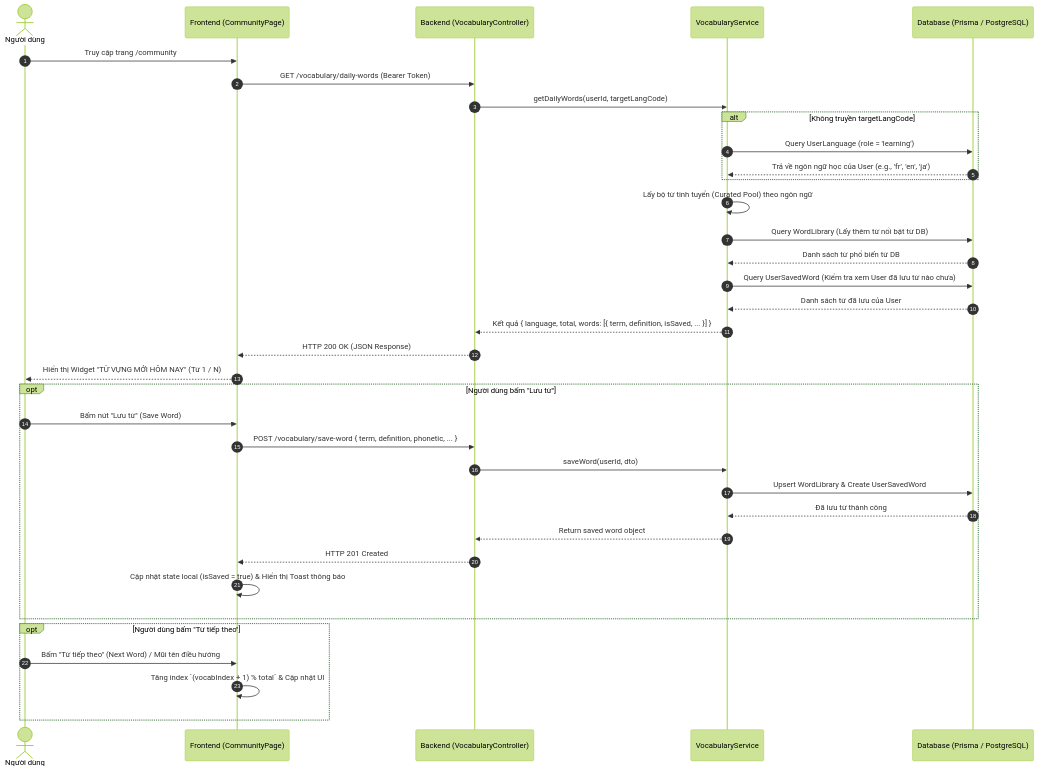
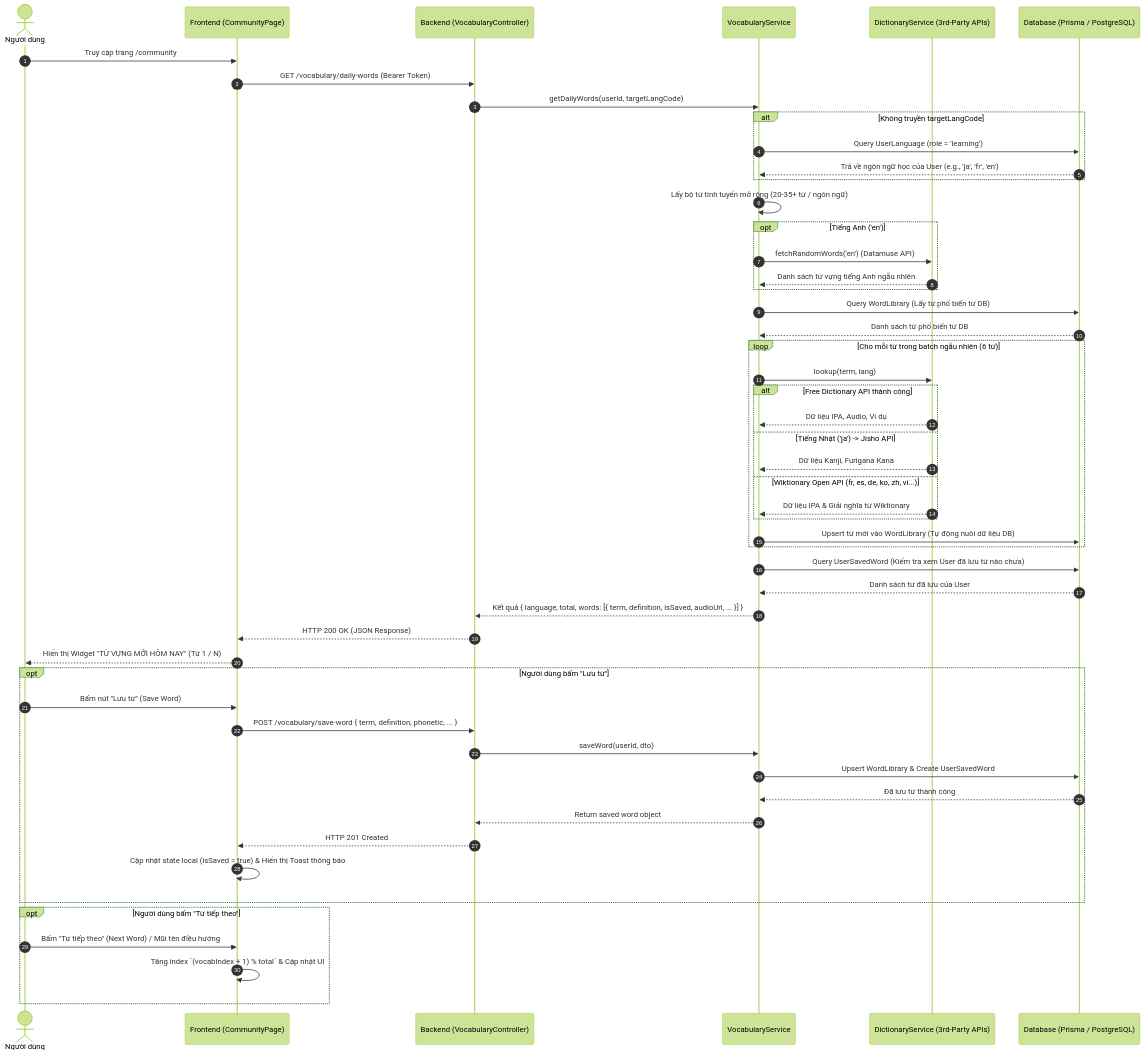
The diagram in docs/DAILY_VOCABULARY_SPEC.md (vinhduong2173/stududu), drawn with Mermaid (forest theme) before and after one commit. The commit also changed other lines of this file and 6 other files, not shown here.

````diff
--- a/docs/DAILY_VOCABULARY_SPEC.md
+++ b/docs/DAILY_VOCABULARY_SPEC.md
@@ -22,47 +22,65 @@
 ```mermaid
 sequenceDiagram
     autonumber
     actor User as Người dùng
     participant FE as Frontend (CommunityPage)
     participant BE as Backend (VocabularyController)
     participant VS as VocabularyService
+    participant DS as DictionaryService (3rd-Party APIs)
     participant DB as Database (Prisma / PostgreSQL)
 
     %% 1. Fetch Daily Words
     User->>FE: Truy cập trang /community
     FE->>BE: GET /vocabulary/daily-words (Bearer Token)
     BE->>VS: getDailyWords(userId, targetLangCode)
     
     alt Không truyền targetLangCode
         VS->>DB: Query UserLanguage (role = 'learning')
-        DB-->>VS: Trả về ngôn ngữ học của User (e.g., 'fr', 'en', 'ja')
+        DB-->>VS: Trả về ngôn ngữ học của User (e.g., 'ja', 'fr', 'en')
     end
 
-    VS->>VS: Lấy bộ từ tinh tuyển (Curated Pool) theo ngôn ngữ
-    VS->>DB: Query WordLibrary (Lấy thêm từ nổi bật từ DB)
+    VS->>VS: Lấy bộ từ tinh tuyển mở rộng (20-35+ từ / ngôn ngữ)
+    opt Tiếng Anh ('en')
+        VS->>DS: fetchRandomWords('en') (Datamuse API)
+        DS-->>VS: Danh sách từ vựng tiếng Anh ngẫu nhiên
+    end
+    VS->>DB: Query WordLibrary (Lấy từ phổ biến từ DB)
     DB-->>VS: Danh sách từ phổ biến từ DB
+
+    loop Cho mỗi từ trong batch ngẫu nhiên (6 từ)
+        VS->>DS: lookup(term, lang)
+        alt Free Dictionary API thành công
+            DS-->>VS: Dữ liệu IPA, Audio, Ví dụ
+        else Tiếng Nhật ('ja') -> Jisho API
+            DS-->>VS: Dữ liệu Kanji, Furigana Kana
+        else Wiktionary Open API (fr, es, de, ko, zh, vi...)
+            DS-->>VS: Dữ liệu IPA & Giải nghĩa từ Wiktionary
+        end
+        VS->>DB: Upsert từ mới vào WordLibrary (Tự động nuôi dữ liệu DB)
+    end
+
     VS->>DB: Query UserSavedWord (Kiểm tra xem User đã lưu từ nào chưa)
     DB-->>VS: Danh sách từ đã lưu của User
 
-    VS-->>BE: Kết quả { language, total, words: [{ term, definition, isSaved, ... }] }
+    VS-->>BE: Kết quả { language, total, words: [{ term, definition, isSaved, audioUrl, ... }] }
     BE-->>FE: HTTP 200 OK (JSON Response)
     FE-->>User: Hiển thị Widget "TỪ VỰNG MỚI HÔM NAY" (Từ 1 / N)
 
     %% 2. User Clicks Save Word
     opt Người dùng bấm "Lưu từ"
         User->>FE: Bấm nút "Lưu từ" (Save Word)
         FE->>BE: POST /vocabulary/save-word { term, definition, phonetic, ... }
         BE->>VS: saveWord(userId, dto)
         VS->>DB: Upsert WordLibrary & Create UserSavedWord
         DB-->>VS: Đã lưu từ thành công
         VS-->>BE: Return saved word object
         BE-->>FE: HTTP 201 Created
         FE->>FE: Cập nhật state local (isSaved = true) & Hiển thị Toast thông báo
     end
 
     %% 3. User Clicks Next Word
     opt Người dùng bấm "Từ tiếp theo"
         User->>FE: Bấm "Từ tiếp theo" (Next Word) / Mũi tên điều hướng
         FE->>FE: Tăng index `(vocabIndex + 1) % total` & Cập nhật UI
     end
 ```
````
